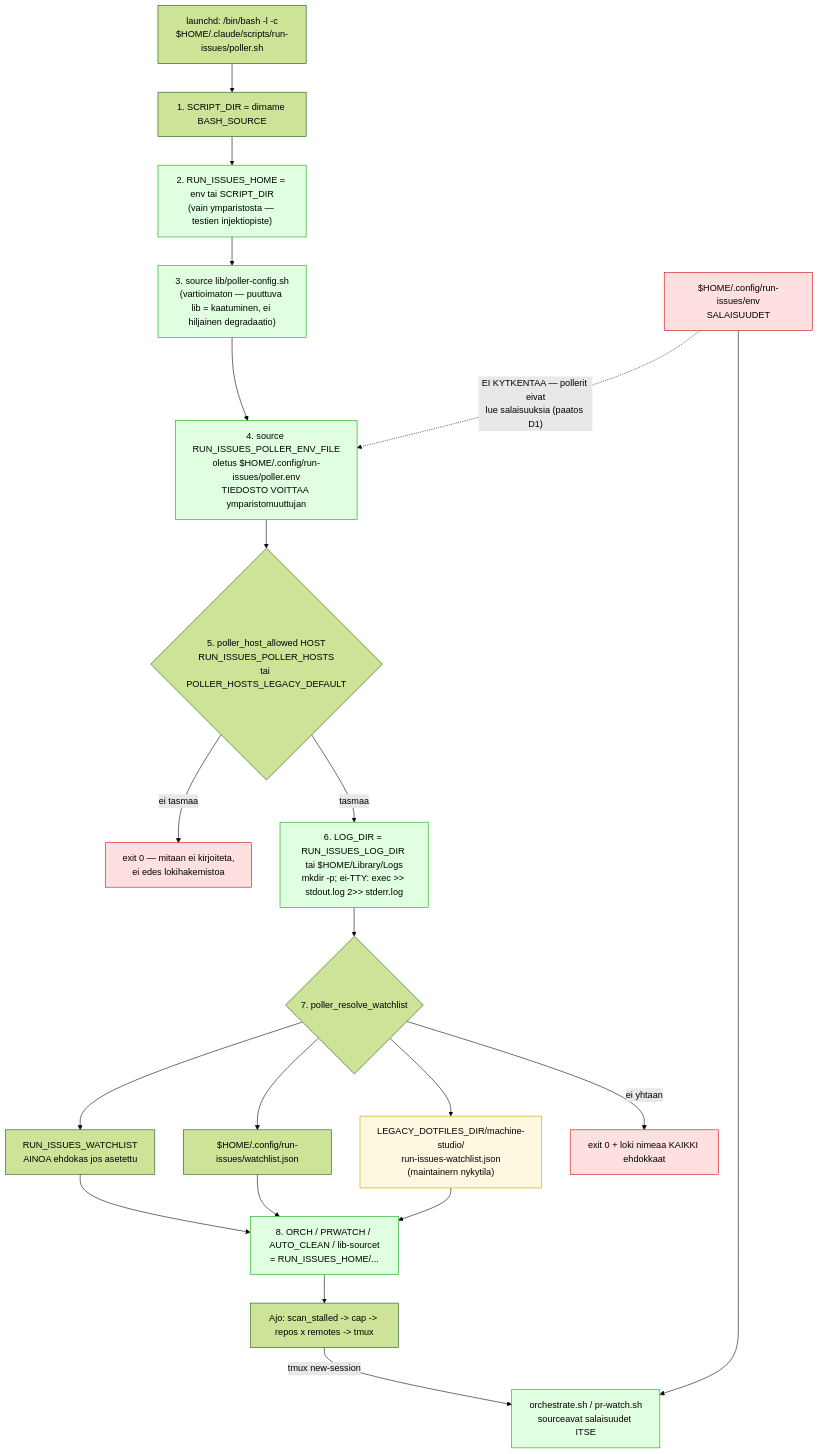
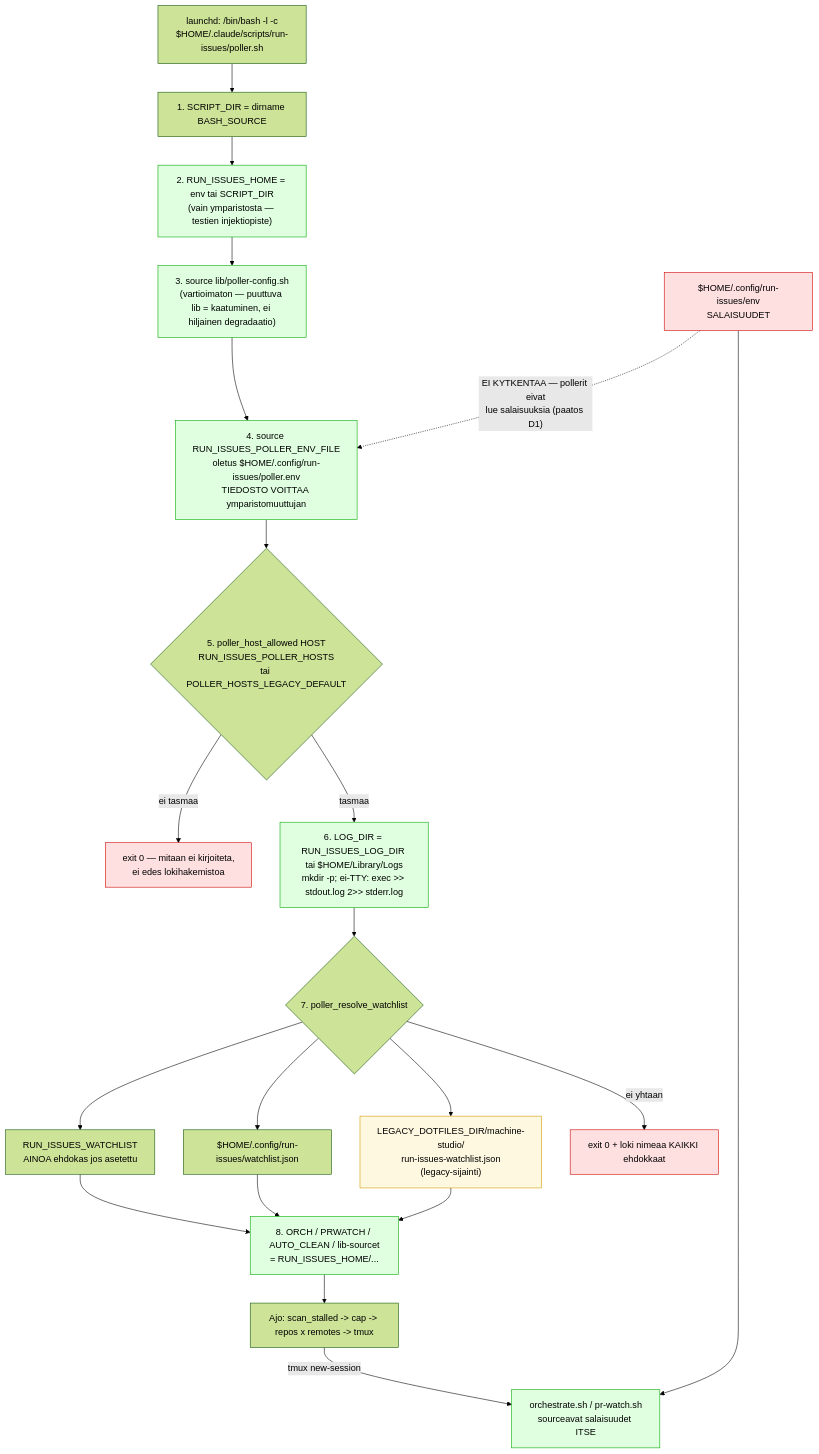
Before and after one commit to Silon-Oy/silon-issue-runner: the diagram in docs/diagrams/poller-config-resolution.mmd, drawn with Mermaid (forest theme). The commit also changed 31 other files, not shown here.

```diff
--- a/docs/diagrams/poller-config-resolution.mmd
+++ b/docs/diagrams/poller-config-resolution.mmd
@@ -1,48 +1,48 @@
 %% Author: Architect
 %% Created: 2026-07-31
 %% Topic: Pollerien konfiguraation resolvointijarjestys ja toimituskanava
 %% Task: issue #6 — polkuparametrisointi (RUN_ISSUES_HOME, WATCHLIST, LOG_DIR, POLLER_HOSTS)
 
 flowchart TB
     START["launchd: /bin/bash -l -c<br/>$HOME/.claude/scripts/run-issues/poller.sh"]
 
     S1["1. SCRIPT_DIR = dirname BASH_SOURCE"]
     S2["2. RUN_ISSUES_HOME = env tai SCRIPT_DIR<br/>(vain ymparistosta — testien injektiopiste)"]
     S3["3. source lib/poller-config.sh<br/>(vartioimaton — puuttuva lib = kaatuminen, ei hiljainen degradaatio)"]
     S4["4. source RUN_ISSUES_POLLER_ENV_FILE<br/>oletus $HOME/.config/run-issues/poller.env<br/>TIEDOSTO VOITTAA ymparistomuuttujan"]
     S5{"5. poller_host_allowed HOST<br/>RUN_ISSUES_POLLER_HOSTS<br/>tai POLLER_HOSTS_LEGACY_DEFAULT"}
     NOOP["exit 0 — mitaan ei kirjoiteta,<br/>ei edes lokihakemistoa"]
     S6["6. LOG_DIR = RUN_ISSUES_LOG_DIR tai $HOME/Library/Logs<br/>mkdir -p; ei-TTY: exec >> stdout.log 2>> stderr.log"]
     S7{"7. poller_resolve_watchlist"}
     S8["8. ORCH / PRWATCH / AUTO_CLEAN / lib-sourcet<br/>= RUN_ISSUES_HOME/..."]
     RUN["Ajo: scan_stalled -> cap -> repos x remotes -> tmux"]
 
     WLE["RUN_ISSUES_WATCHLIST<br/>AINOA ehdokas jos asetettu"]
     WLC["$HOME/.config/run-issues/watchlist.json"]
-    WLL["LEGACY_DOTFILES_DIR/machine-studio/<br/>run-issues-watchlist.json<br/>(maintainern nykytila)"]
+    WLL["LEGACY_DOTFILES_DIR/machine-studio/<br/>run-issues-watchlist.json<br/>(legacy-sijainti)"]
     WLMISS["exit 0 + loki nimeaa KAIKKI ehdokkaat"]
 
     SECRET["$HOME/.config/run-issues/env<br/>SALAISUUDET"]
     CHILD["orchestrate.sh / pr-watch.sh<br/>sourceavat salaisuudet ITSE"]
 
     START --> S1 --> S2 --> S3 --> S4 --> S5
     S5 -->|"ei tasmaa"| NOOP
     S5 -->|"tasmaa"| S6 --> S7
     S7 --> WLE
     S7 --> WLC
     S7 --> WLL
     S7 -->|"ei yhtaan"| WLMISS
     WLE --> S8
     WLC --> S8
     WLL --> S8
     S8 --> RUN
     RUN -->|tmux new-session| CHILD
     SECRET --> CHILD
     SECRET -.->|"EI KYTKENTAA — pollerit eivat<br/>lue salaisuuksia (paatos D1)"| S4
 
     classDef legacy fill:#fff8e0,stroke:#c90
     classDef safe fill:#e0ffe0,stroke:#0a0
     classDef stop fill:#ffe0e0,stroke:#c00
     class WLL legacy
     class S2,S3,S4,S6,S8,CHILD safe
     class NOOP,WLMISS,SECRET stop
```
